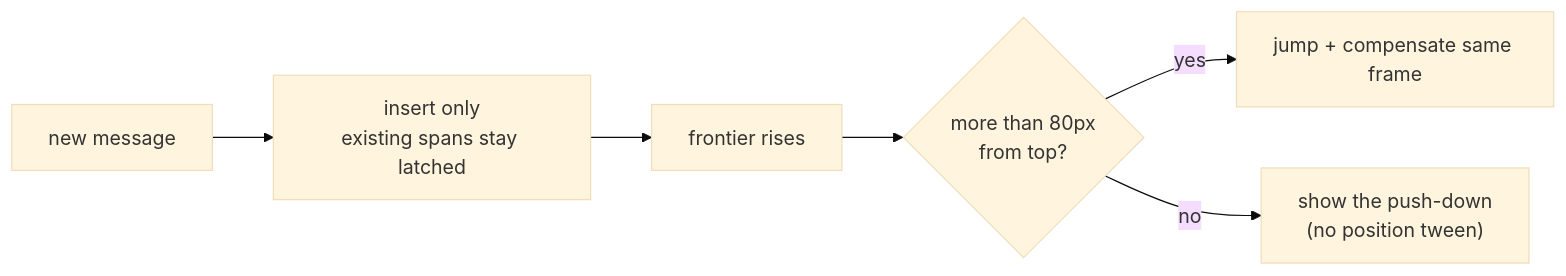
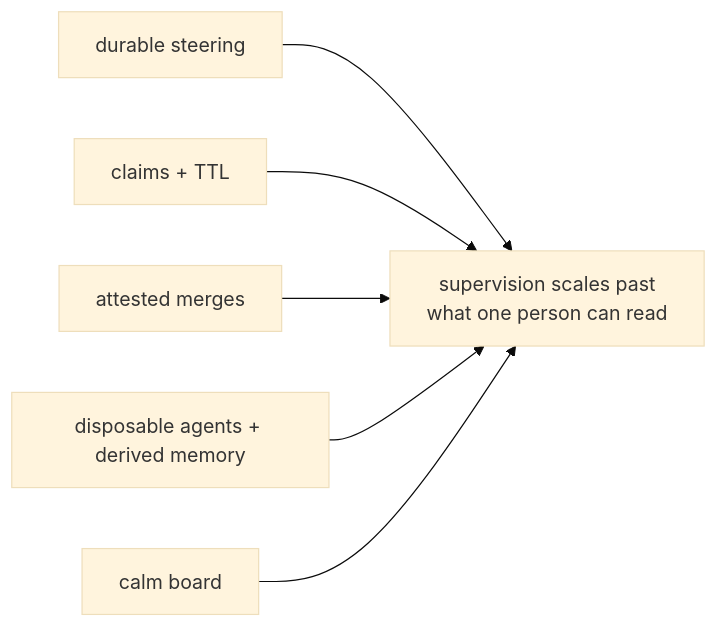
The seventh of 7 diagrams in docs/product/value.md (infimalabs/spice-rust), drawn with Mermaid (base theme) before and after one commit. The commit also changed other lines of this file and 20 other files, not shown here.

````diff
--- a/docs/product/value.md
+++ b/docs/product/value.md
@@ -719,8 +518,8 @@
 ```mermaid
 flowchart LR
-  N["new message"] --> I["insert only<br/>existing spans stay latched"]
-  I --> F["frontier rises"]
-  F --> S{"more than 80px<br/>from top?"}
-  S -- yes --> C["jump + compensate same frame"]
-  S -- no --> A["show the push-down<br/>(no position tween)"]
+  DurableSteering["durable steering"] --> S["supervision scales past<br/>what one person can read"]
+  Claims["claims + TTL"] --> S
+  AttestedMerges["attested merges"] --> S
+  DisposableAgents["disposable agents + derived memory"] --> S
+  CalmBoard["calm board"] --> S
 ```
````
